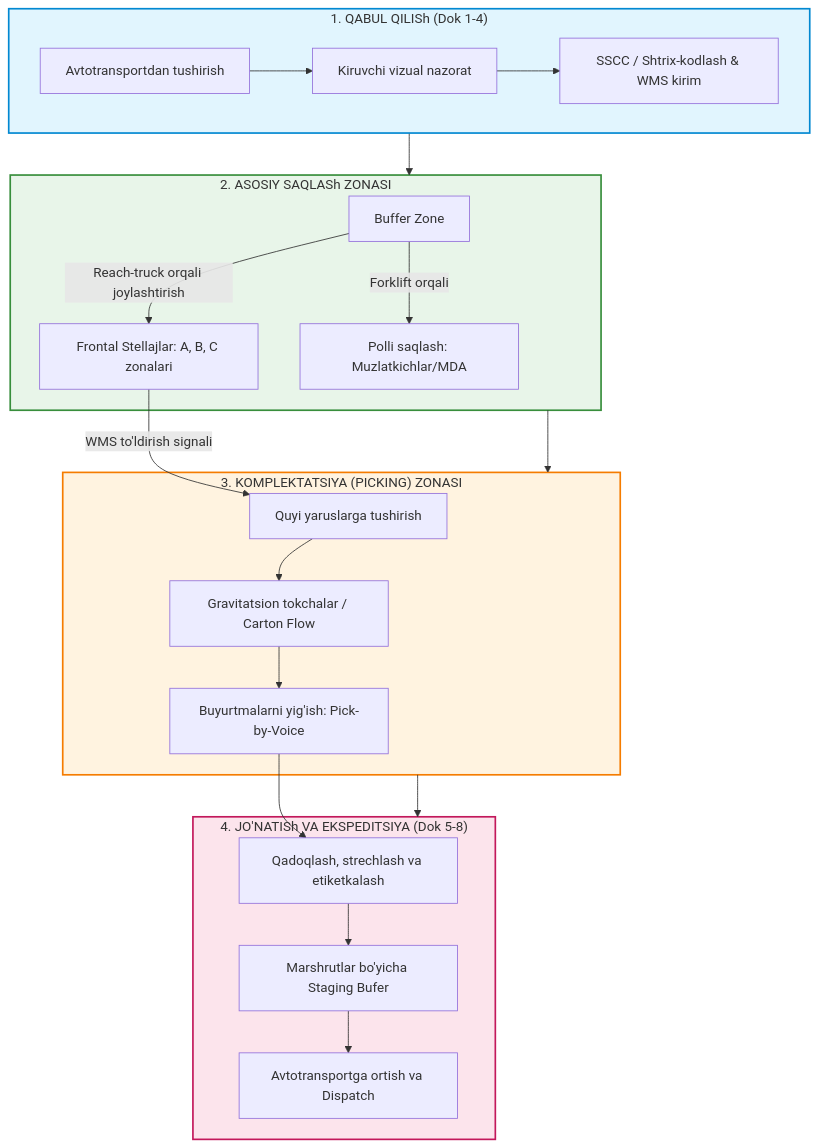
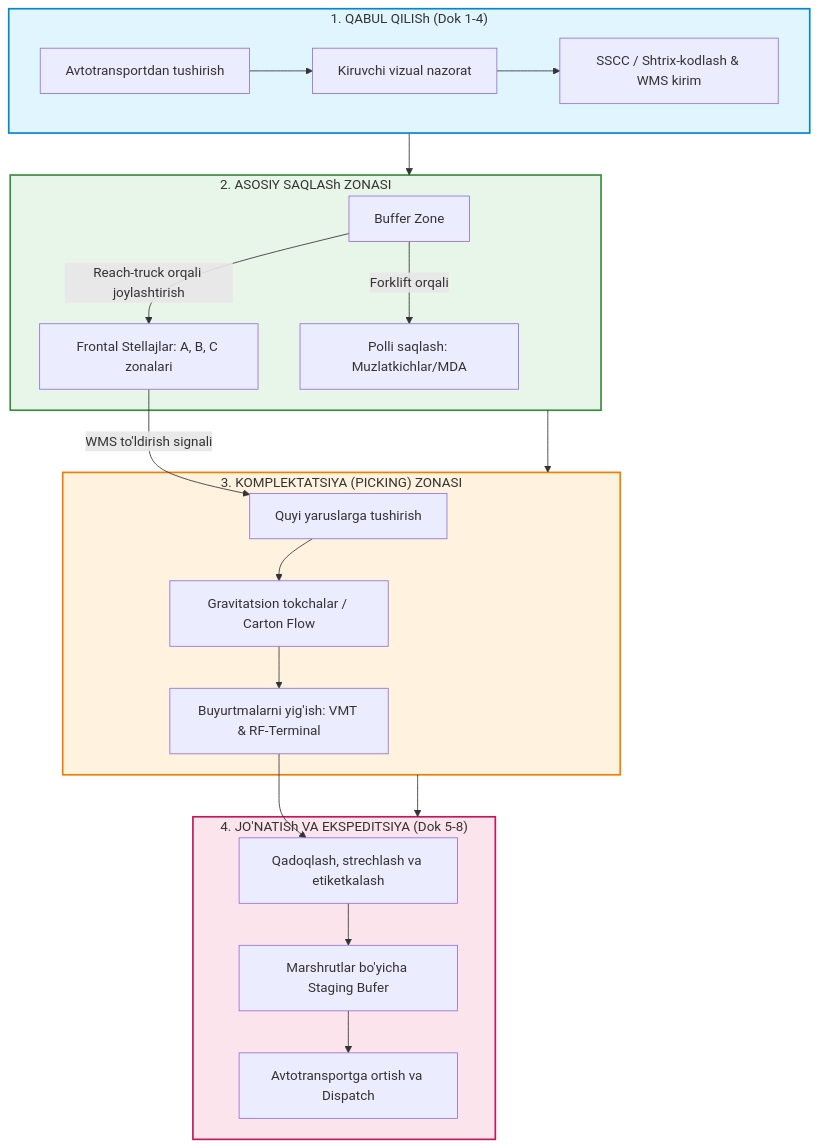
One commit to saidislomniyozov/omborlogistikasi changed the diagram in Simulyatsion_Loyiha_TexnoLogistik_Omborxona.md. Above: the diagram before and after it, drawn with Mermaid. The commit also changed other lines of this file and 1 other file, not shown here.

Commit message:
Refactor: Replace Pick-by-Voice with Forklift VMT Dispatcher, streamline WMS table, optimize green logistics

````diff
--- a/Simulyatsion_Loyiha_TexnoLogistik_Omborxona.md
+++ b/Simulyatsion_Loyiha_TexnoLogistik_Omborxona.md
@@ -260,33 +260,33 @@
 ```mermaid
 flowchart TD
     subgraph INBOUND ["1. QABUL QILISh (Dok 1-4)"]
         A1[Avtotransportdan tushirish] --> A2[Kiruvchi vizual nazorat]
         A2 --> A3[SSCC / Shtrix-kodlash & WMS kirim]
     end
 
     subgraph STORAGE ["2. ASOSIY SAQLASh ZONASI"]
         B1[Buffer Zone] -->|Reach-truck orqali joylashtirish| B2[Frontal Stellajlar: A, B, C zonalari]
         B1 -->|Forklift orqali| B3[Polli saqlash: Muzlatkichlar/MDA]
     end
 
     subgraph REPLENISH ["3. KOMPLEKTATSIYA (PICKING) ZONASI"]
         B2 -->|WMS to'ldirish signali| C1[Quyi yaruslarga tushirish]
         C1 --> C2[Gravitatsion tokchalar / Carton Flow]
-        C2 --> C3[Buyurtmalarni yig'ish: Pick-by-Voice]
+        C2 --> C3[Buyurtmalarni yig'ish: VMT & RF-Terminal]
     end
 
     subgraph OUTBOUND ["4. JO'NATISh VA EKSPEDITSIYA (Dok 5-8)"]
         C3 --> D1[Qadoqlash, strechlash va etiketkalash]
         D1 --> D2[Marshrutlar bo'yicha Staging Bufer]
         D2 --> D3[Avtotransportga ortish va Dispatch]
     end
 
     INBOUND --> STORAGE
     STORAGE --> REPLENISH
     REPLENISH --> OUTBOUND
 
     style INBOUND fill:#e1f5fe,stroke:#0288d1,stroke-width:2px
     style STORAGE fill:#e8f5e9,stroke:#388e3c,stroke-width:2px
     style REPLENISH fill:#fff3e0,stroke:#f57c00,stroke-width:2px
     style OUTBOUND fill:#fce4ec,stroke:#c2185b,stroke-width:2px
 ```
````
